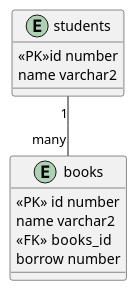
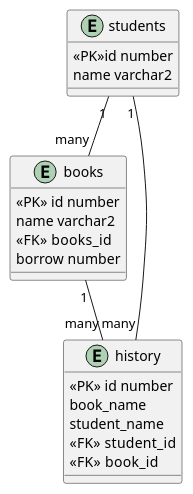
Before and after one commit to setayesh-etemadi/library_project: the diagram in folder-documentation/test.wsd, drawn with PlantUML.

```diff
--- a/folder-documentation/test.wsd
+++ b/folder-documentation/test.wsd
@@ -1,14 +1,26 @@
 @startuml db
 entity students{
 <<PK>>id number
 name varchar2
 } 
 
 entity books{
 <<PK>> id number
 name varchar2
 <<FK>>  books_id
 borrow number
 }  
 students "1" -- "many" books
+
+
+entity history{
+<<PK>> id number
+book_name
+student_name
+<<FK>>  student_id
+<<FK>>  book_id
+
+}  
+students "1" -- "many" history
+books "1" -- "many" history
 @enduml
```
